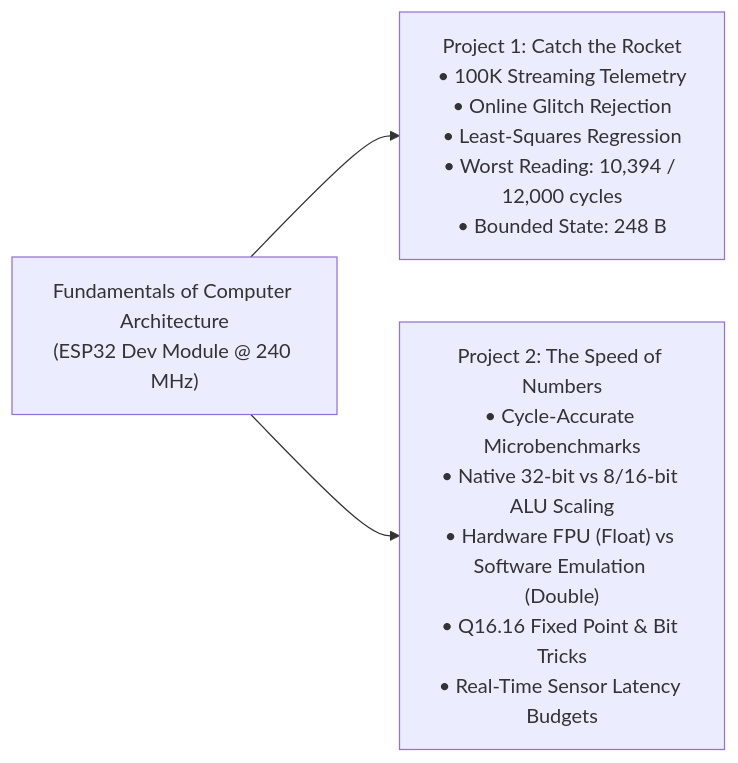
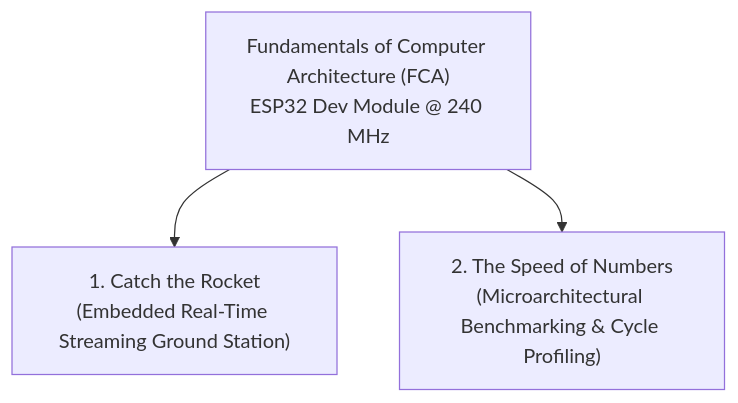
Before and after one commit to harshitha-paramesh/fundamentals-of-computer-architecture: the diagram in README.md, drawn with Mermaid. The commit also changed other lines of this file and 35 other files, not shown here.

Commit message:
Organize FCA repository: 1. catch-the-rocket, 2. speed-of-numbers

````diff
--- a/README.md
+++ b/README.md
@@ -21,6 +21,6 @@
 ```mermaid
-graph LR
-    FCA["Fundamentals of Computer Architecture\n(ESP32 Dev Module @ 240 MHz)"]
-    FCA --> P1["Project 1: Catch the Rocket\n• 100K Streaming Telemetry\n• Online Glitch Rejection\n• Least-Squares Regression\n• Worst Reading: 10,394 / 12,000 cycles\n• Bounded State: 248 B"]
-    FCA --> P2["Project 2: The Speed of Numbers\n• Cycle-Accurate Microbenchmarks\n• Native 32-bit vs 8/16-bit ALU Scaling\n• Hardware FPU (Float) vs Software Emulation (Double)\n• Q16.16 Fixed Point & Bit Tricks\n• Real-Time Sensor Latency Budgets"]
+graph TD
+    FCA["Fundamentals of Computer Architecture (FCA)\nESP32 Dev Module @ 240 MHz"]
+    FCA --> P1["1. Catch the Rocket\n(Embedded Real-Time Streaming Ground Station)"]
+    FCA --> P2["2. The Speed of Numbers\n(Microarchitectural Benchmarking & Cycle Profiling)"]
 ```
````
